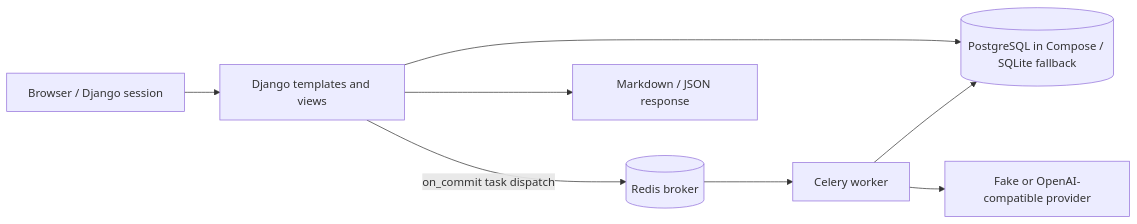
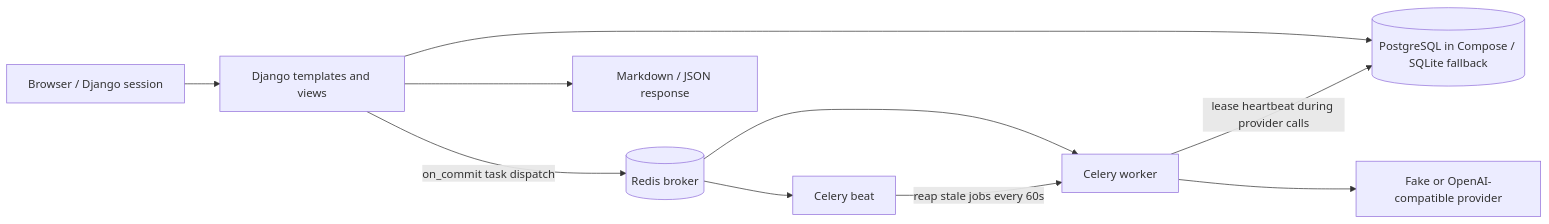
Before and after one commit to mughir/taletomo: the diagram in docs/ARCHITECTURE.md, drawn with Mermaid. The commit also changed other lines of this file and 43 other files, not shown here.

````diff
--- a/docs/ARCHITECTURE.md
+++ b/docs/ARCHITECTURE.md
@@ -9,10 +9,12 @@
 ```mermaid
 flowchart LR
     B[Browser / Django session] --> W[Django templates and views]
     W --> DB[(PostgreSQL in Compose / SQLite fallback)]
     W -->|on_commit task dispatch| R[(Redis broker)]
     R --> C[Celery worker]
-    C --> DB
+    C -->|lease heartbeat during provider calls| DB
+    R --> BT[Celery beat]
+    BT -->|reap stale jobs every 60s| C
     C --> G[Fake or OpenAI-compatible provider]
     W --> E[Markdown / JSON response]
 ```
````
